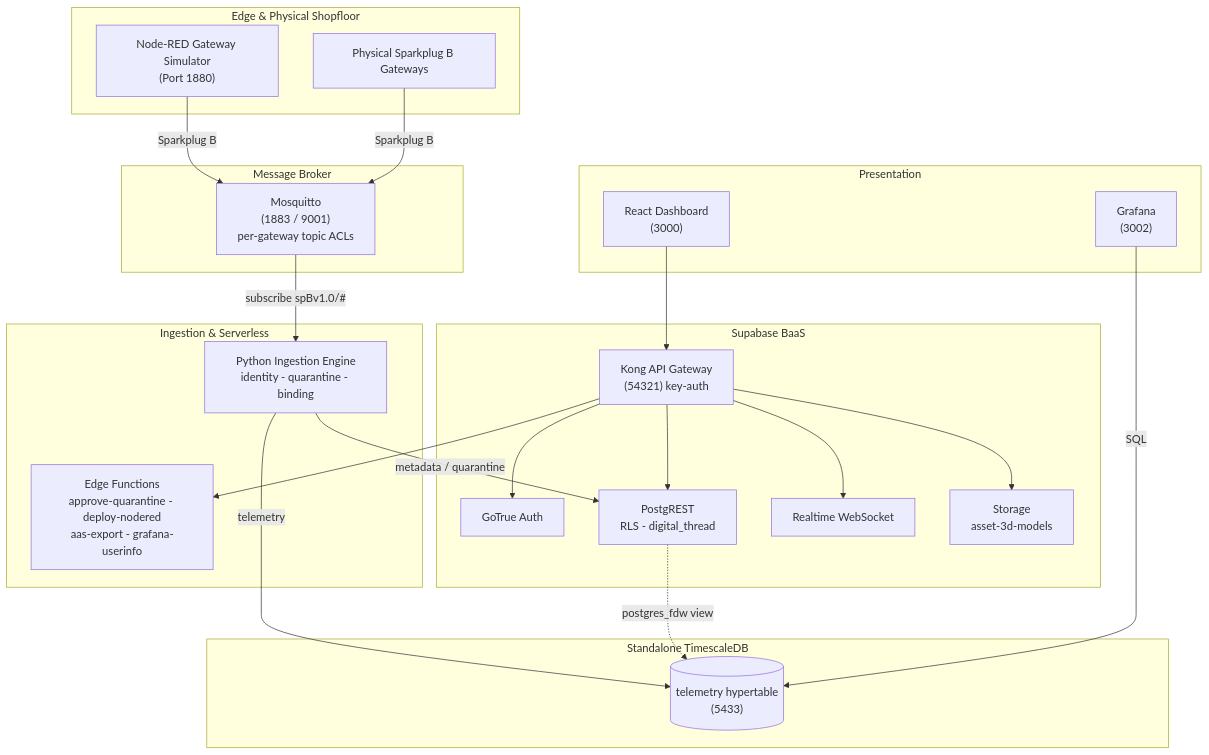
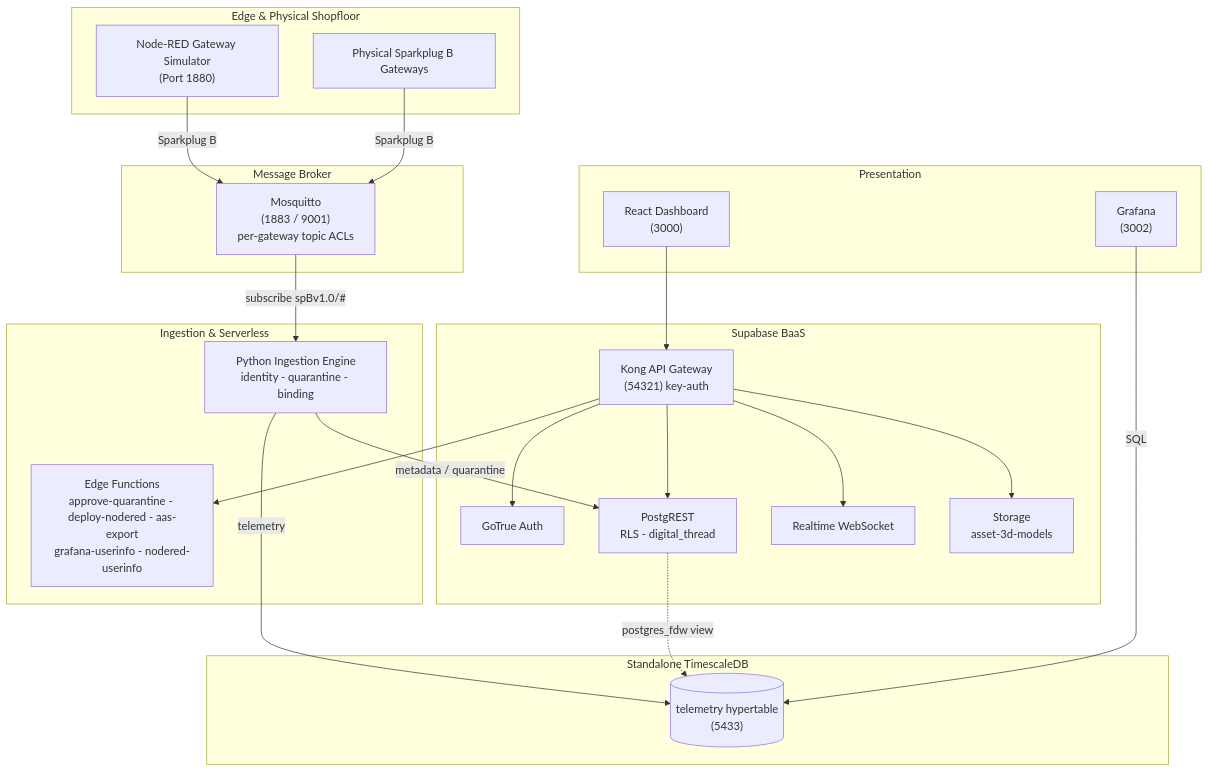
The diagram in README.md (Harri-Llewelyn/Aber), drawn with Mermaid before and after one commit. The commit also changed other lines of this file and 103 other files, not shown here.

````diff
--- a/README.md
+++ b/README.md
@@ -41,47 +41,47 @@
 ```mermaid
 flowchart TB
     subgraph Edge ["Edge & Physical Shopfloor"]
         NR["Node-RED Gateway Simulator<br/>(Port 1880)"]
         DEV["Physical Sparkplug B Gateways"]
     end
 
     subgraph Messaging ["Message Broker"]
         MQTT["Mosquitto<br/>(1883 / 9001)<br/>per-gateway topic ACLs"]
     end
 
     subgraph Processing ["Ingestion & Serverless"]
         ING["Python Ingestion Engine<br/>identity - quarantine - binding"]
-        EF["Edge Functions<br/>approve-quarantine - deploy-nodered<br/>aas-export - grafana-userinfo"]
+        EF["Edge Functions<br/>approve-quarantine - deploy-nodered - aas-export<br/>grafana-userinfo - nodered-userinfo"]
     end
 
     subgraph Supabase ["Supabase BaaS"]
         KONG["Kong API Gateway<br/>(54321) key-auth"]
         AUTH["GoTrue Auth"]
         PGRST["PostgREST<br/>RLS - digital_thread"]
         RT["Realtime WebSocket"]
         STO["Storage<br/>asset-3d-models"]
     end
 
     subgraph TSDB ["Standalone TimescaleDB"]
         TS[("telemetry hypertable<br/>(5433)")]
     end
 
     subgraph UX ["Presentation"]
         UI["React Dashboard<br/>(3000)"]
         GRAF["Grafana<br/>(3002)"]
     end
 
     NR -->|Sparkplug B| MQTT
     DEV -->|Sparkplug B| MQTT
     MQTT -->|subscribe spBv1.0/#| ING
     ING -->|metadata / quarantine| PGRST
     ING -->|telemetry| TS
     UI --> KONG
     KONG --> AUTH
     KONG --> PGRST
     KONG --> RT
     KONG --> STO
     KONG --> EF
     PGRST -.->|postgres_fdw view| TS
     GRAF -->|SQL| TS
 ```
````
